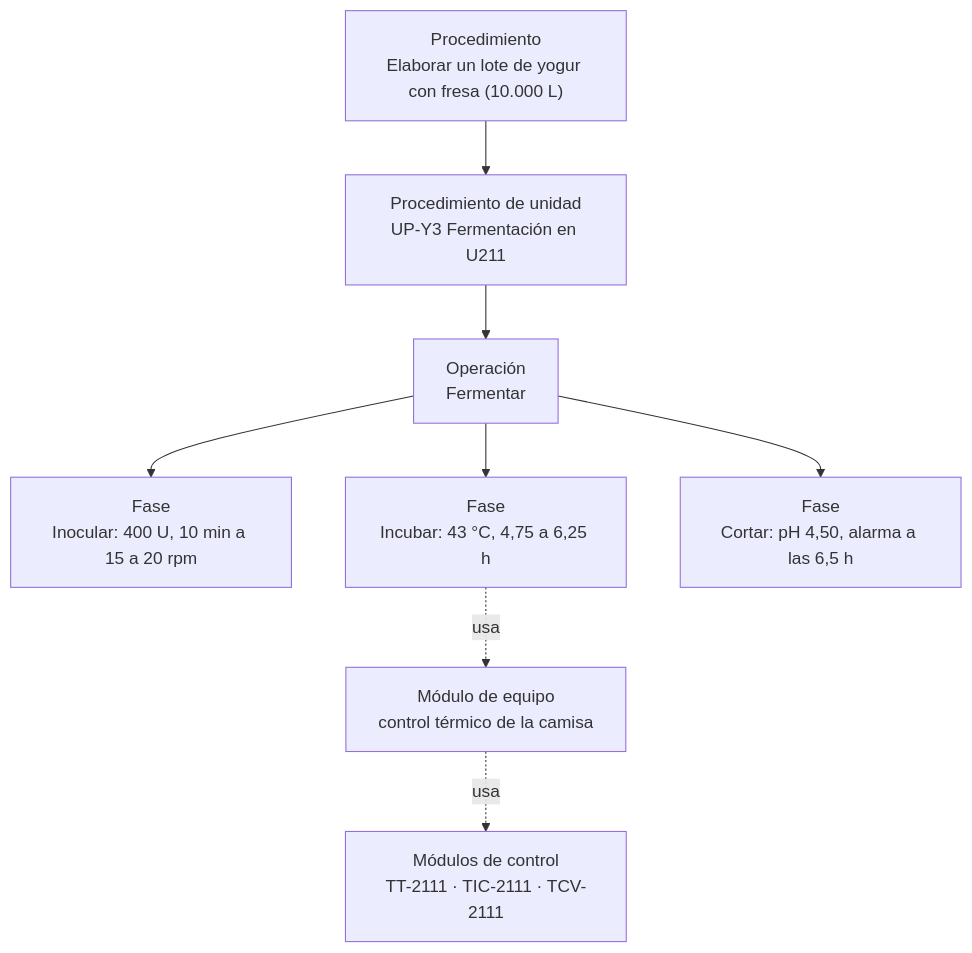
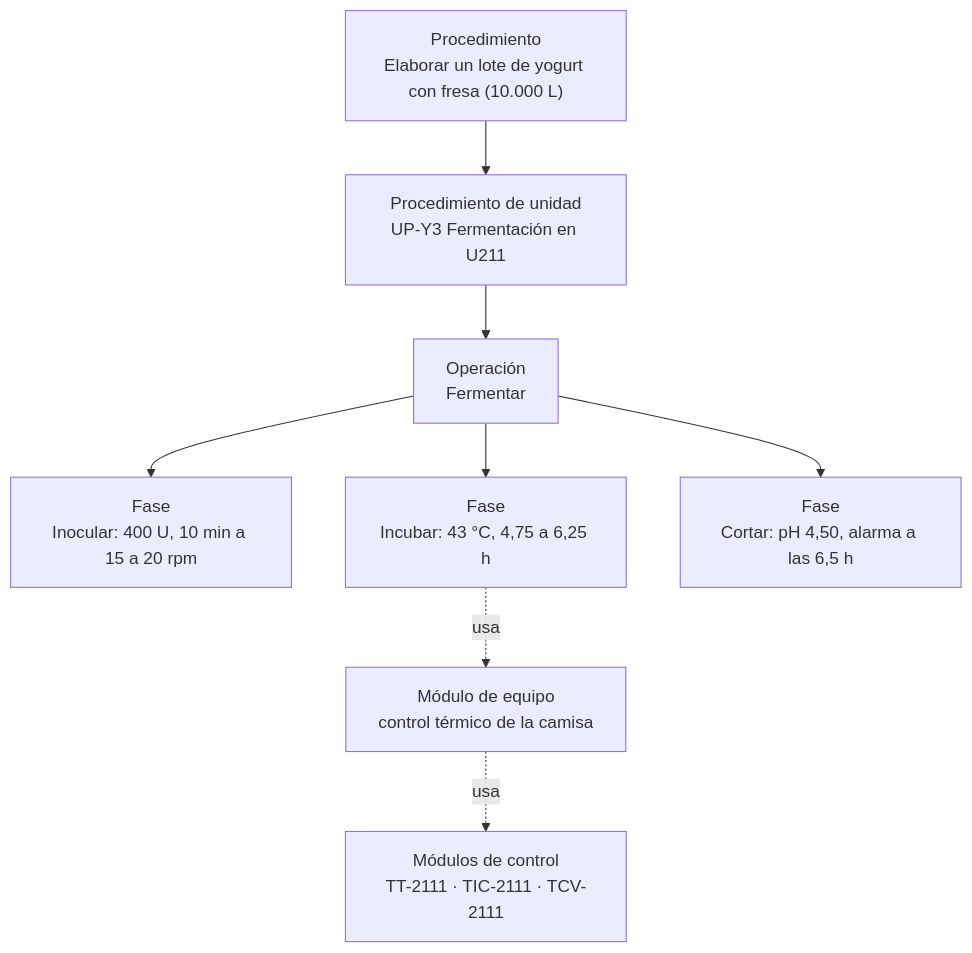
The third of 4 diagrams in 01_transformacion-digital/isa88/modelo-procedimental/modelo-procedimental.md (Mekvra/proyecto-integrador), drawn with Mermaid before and after one commit. The commit also changed other lines of this file and 58 other files, not shown here.

````diff
--- a/01_transformacion-digital/isa88/modelo-procedimental/modelo-procedimental.md
+++ b/01_transformacion-digital/isa88/modelo-procedimental/modelo-procedimental.md
@@ -167,10 +167,10 @@
 ```mermaid
 flowchart TD
-    A["Procedimiento<br/>Elaborar un lote de yogur con fresa (10.000 L)"] --> B["Procedimiento de unidad<br/>UP-Y3 Fermentación en U211"]
+    A["Procedimiento<br/>Elaborar un lote de yogurt con fresa (10.000 L)"] --> B["Procedimiento de unidad<br/>UP-Y3 Fermentación en U211"]
     B --> C["Operación<br/>Fermentar"]
     C --> D1["Fase<br/>Inocular: 400 U, 10 min a 15 a 20 rpm"]
     C --> D2["Fase<br/>Incubar: 43 °C, 4,75 a 6,25 h"]
     C --> D3["Fase<br/>Cortar: pH 4,50, alarma a las 6,5 h"]
     D2 -.->|usa| EM["Módulo de equipo<br/>control térmico de la camisa"]
     EM -.->|usa| CM["Módulos de control<br/>TT-2111 · TIC-2111 · TCV-2111"]
 ```
````
